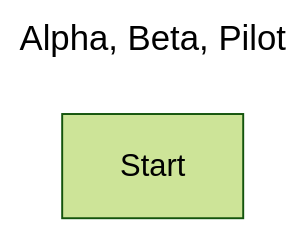
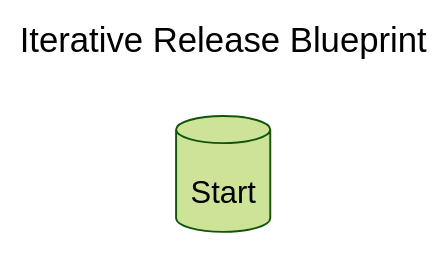
One commit to jessicahirsch/Mermaid-Diagrams changed the diagram in diagrams/diagram3.mmd. Above: the diagram before and after it, drawn with Mermaid (forest theme). The commit also changed 1 other file, not shown here.

Commit message:
feat: build the structure for Iterative Release Blueprint on index page

```diff
--- a/diagrams/diagram3.mmd
+++ b/diagrams/diagram3.mmd
@@ -1,7 +1,7 @@
 ---
-title: Alpha, Beta, Pilot
+title: Iterative Release Blueprint
 ---
 
 flowchart TD
 
-A[Start]
+A[(Start)]
```
